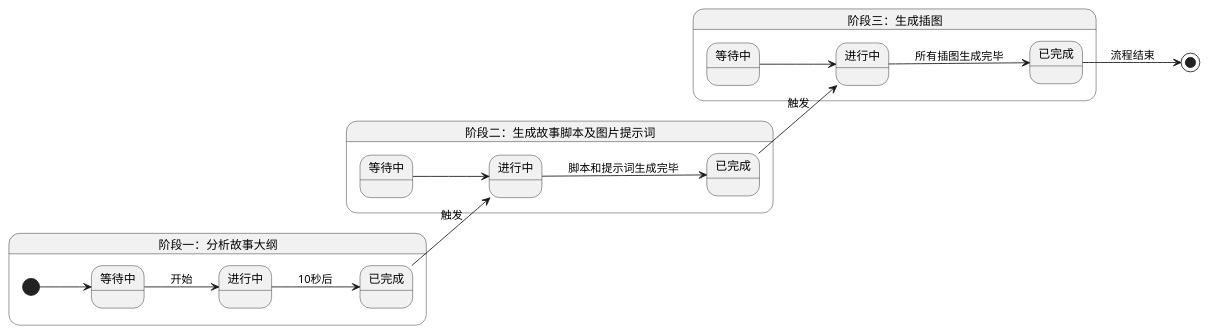
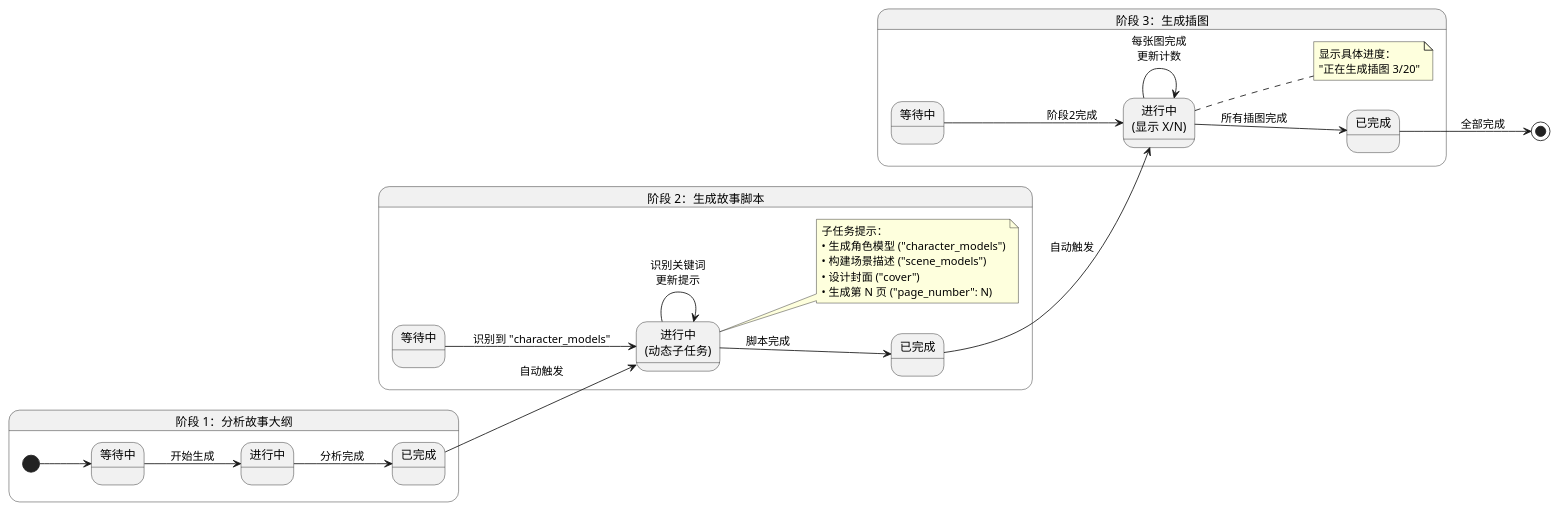
One commit to songwb89/Storybooks changed the third of 4 diagrams in AI绘本功能需求文档.md. Above: the diagram before and after it, drawn with PlantUML. The commit also changed other lines of this file and 8 other files, not shown here.

````diff
--- a/AI绘本功能需求文档.md
+++ b/AI绘本功能需求文档.md
@@ -264,35 +318,50 @@
-    ```plantuml
-    @startuml
-    state "阶段一：分析故事大纲" as S1 {
-      left to right direction
-      state "等待中" as W1
-      state "进行中" as R1
-      state "已完成" as D1
-      [*] --> W1
-      W1 --> R1 : 开始
-      R1 --> D1 : 10秒后
-    }
+```plantuml
+@startuml
+state "阶段 1：分析故事大纲" as S1 {
+  left to right direction
+  state "等待中" as W1
+  state "进行中" as R1
+  state "已完成" as D1
+  [*] --> W1
+  W1 --> R1 : 开始生成
+  R1 --> D1 : 分析完成
+}
 
-    state "阶段二：生成故事脚本及图片提示词" as S2 {
-      left to right direction
-      state "等待中" as W2
-      state "进行中" as R2
-      state "已完成" as D2
-      W2 --> R2
-      R2 --> D2 : 脚本和提示词生成完毕
-    }
+state "阶段 2：生成故事脚本" as S2 {
+  left to right direction
+  state "等待中" as W2
+  state "进行中\n(动态子任务)" as R2
+  state "已完成" as D2
+  W2 --> R2 : 识别到 "character_models"
+  R2 --> R2 : 识别关键词\n更新提示
+  R2 --> D2 : 脚本完成
+  
+  note right of R2
+    子任务提示：
+    • 生成角色模型 ("character_models")
+    • 构建场景描述 ("scene_models")
+    • 设计封面 ("cover")
+    • 生成第 N 页 ("page_number": N)
+  end note
+}
 
-    state "阶段三：生成插图" as S3 {
-      left to right direction
-      state "等待中" as W3
-      state "进行中" as R3
-      state "已完成" as D3
-      W3 --> R3
-      R3 --> D3 : 所有插图生成完毕
-    }
+state "阶段 3：生成插图" as S3 {
+  left to right direction
+  state "等待中" as W3
+  state "进行中\n(显示 X/N)" as R3
+  state "已完成" as D3
+  W3 --> R3 : 阶段2完成
+  R3 --> R3 : 每张图完成\n更新计数
+  R3 --> D3 : 所有插图完成
+  
+  note right of R3
+    显示具体进度：
+    "正在生成插图 3/20"
+  end note
+}
 
-    D1 --> R2 : 触发
-    D2 --> R3 : 触发
-    D3 --> [*] : 流程结束
-    @enduml
-    ```
+D1 --> R2 : 自动触发
+D2 --> R3 : 自动触发
+D3 --> [*] : 全部完成
+@enduml
+```
````
